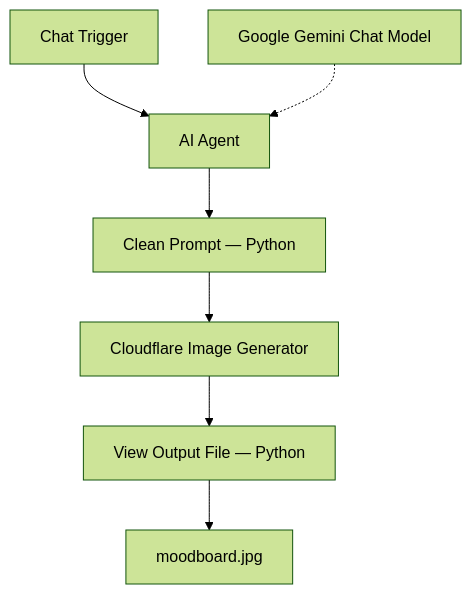
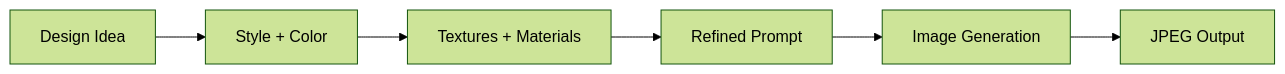
The second of 3 diagrams in Artifacts/MoodboardAgentDesignDocument.md (aditibhalla1983/Wayfair-n8n-AI-Agent-Engineering-Externship), drawn with Mermaid (forest theme) before and after one commit. The commit also changed other lines of this file, not shown here.

````diff
--- a/Artifacts/MoodboardAgentDesignDocument.md
+++ b/Artifacts/MoodboardAgentDesignDocument.md
@@ -49,9 +50,8 @@
 ```mermaid
-flowchart TD
-    A["Chat Trigger"] --> B["AI Agent"]
-    C["Google Gemini Chat Model"] -.-> B
-    B --> D["Clean Prompt — Python"]
-    D --> E["Cloudflare Image Generator"]
-    E --> F["View Output File — Python"]
-    F --> G["moodboard.jpg"]
+flowchart LR
+    A["Design Idea"] --> B["Style + Color"]
+    B --> C["Textures + Materials"]
+    C --> D["Refined Prompt"]
+    D --> E["Image Generation"]
+    E --> F["JPEG Output"]
 ```
````
